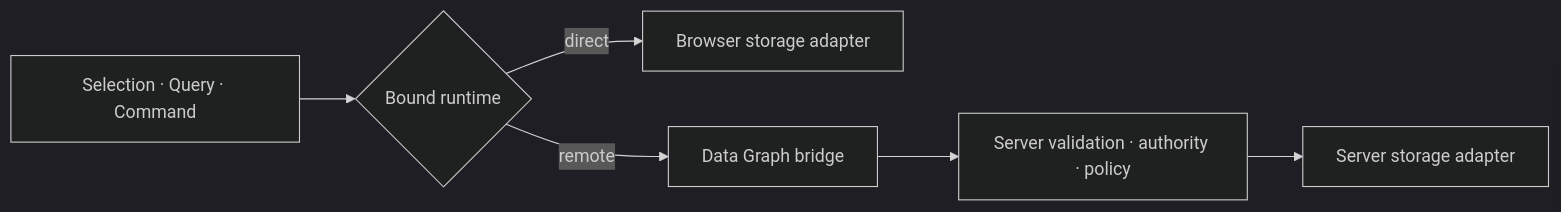
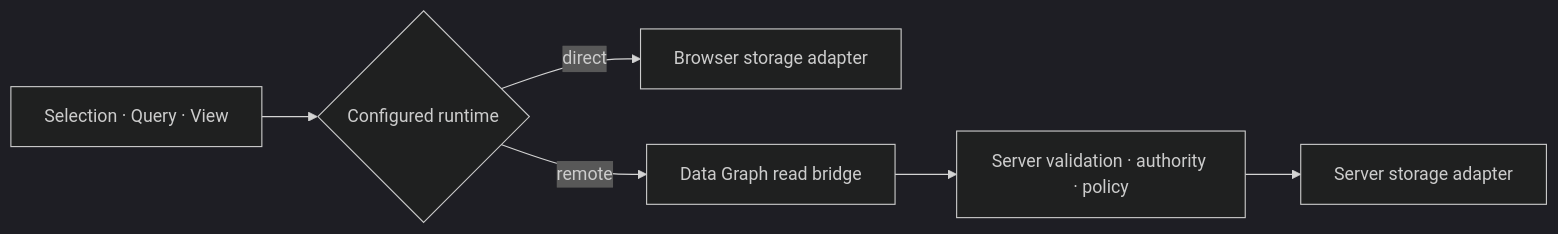
One commit to javifernandes/ontahi-library changed the diagram in library/02-ontahi-for-developers/05-further-directions/11-data-graph-across-boundaries.md. Above: the diagram before and after it, drawn with Mermaid (dark theme). The commit also changed other lines of this file and 9 other files, not shown here.

Commit message:
docs: update developer book for remote graph access

````diff
--- a/library/02-ontahi-for-developers/05-further-directions/11-data-graph-across-boundaries.md
+++ b/library/02-ontahi-for-developers/05-further-directions/11-data-graph-across-boundaries.md
@@ -27,8 +33,8 @@
 ```mermaid
 flowchart LR
-  Code["Selection · Query · Command"] --> Runtime{"Bound runtime"}
+  Code["Selection · Query · View"] --> Runtime{"Configured runtime"}
   Runtime -->|direct| BrowserStorage["Browser storage adapter"]
-  Runtime -->|remote| GraphBridge["Data Graph bridge"]
+  Runtime -->|remote| GraphBridge["Data Graph read bridge"]
   GraphBridge --> Policy["Server validation · authority · policy"]
   Policy --> ServerStorage["Server storage adapter"]
 ```
````
